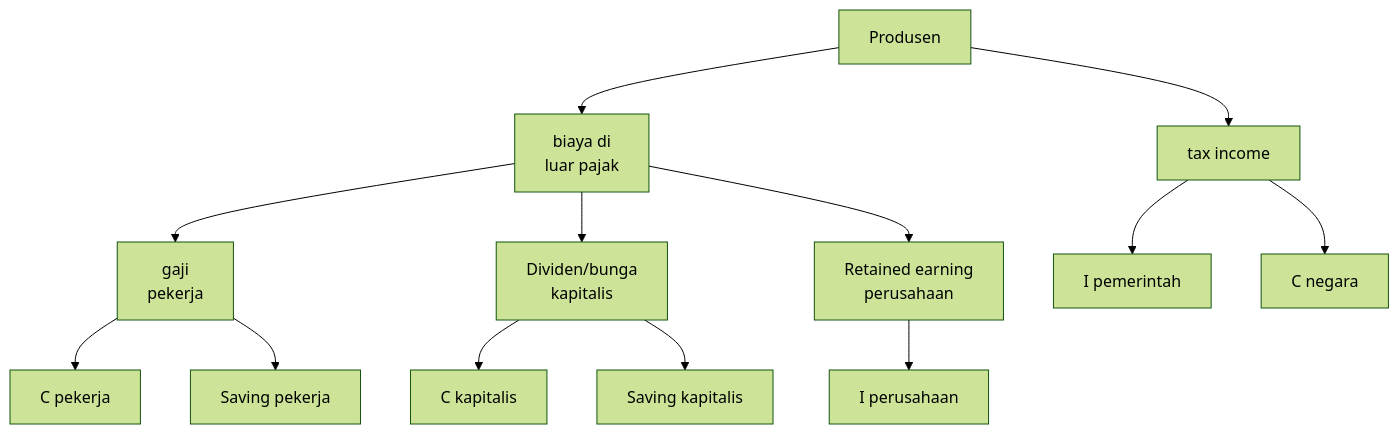
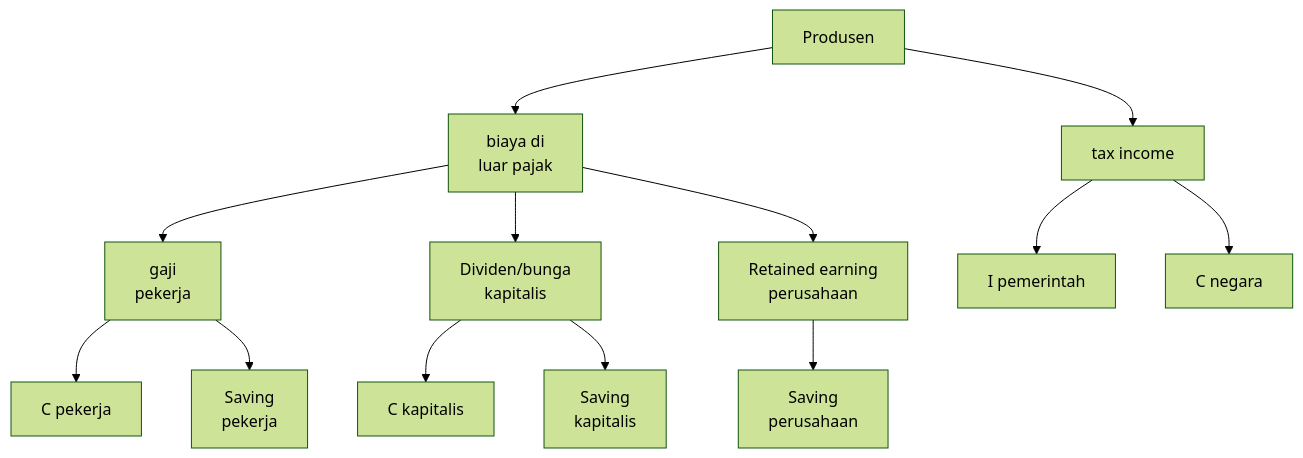
Before and after one commit to imedkrisna/krisna: the first of 2 diagrams in content/id/post/cons/index.md, drawn with Mermaid (forest theme).

````diff
--- a/content/id/post/cons/index.md
+++ b/content/id/post/cons/index.md
@@ -58,15 +58,15 @@
 ```mermaid
 graph TD;
   A[Produsen]-->B[tax income];
   A-->M[biaya di<br/>luar pajak];
   M-->C[gaji<br/>pekerja];
   M-->D[Dividen/bunga<br/>kapitalis];
   M-->E[Retained earning<br/>perusahaan];
   C-->F[C pekerja];
-  C-->G[Saving pekerja];
+  C-->G[Saving<br/>pekerja];
   D-->H[C kapitalis];
-  D-->I[Saving kapitalis];
-  E-->J[I perusahaan];
+  D-->I[Saving<br/>kapitalis];
+  E-->J[Saving<br/>perusahaan];
   B-->K[I pemerintah];
   B-->L[C negara];
 ```
````
